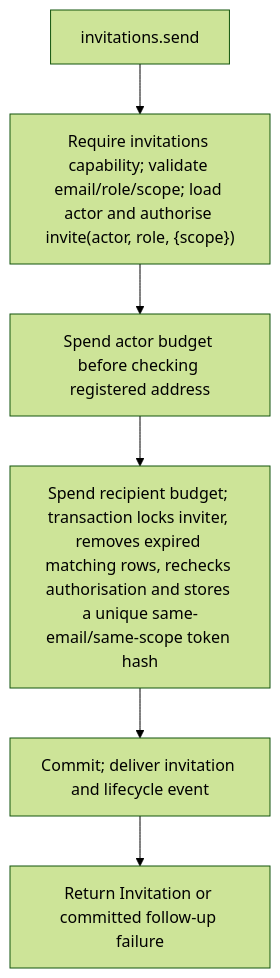
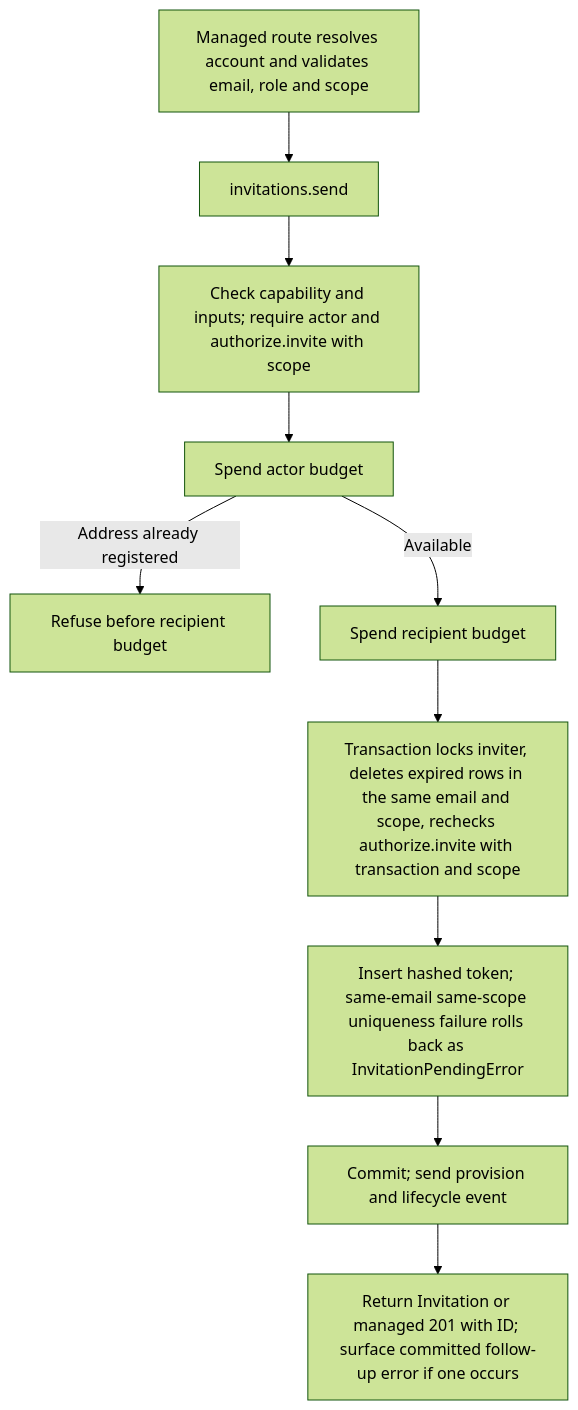
One commit to Kevinjohn/oss-adonisjs-account-kit changed the second of 2 diagrams in user-stories/US-ACCOUNT-08-send-invitation.md. Above: the diagram before and after it, drawn with Mermaid (forest theme). The commit also changed other lines of this file and 70 other files, not shown here.

````diff
--- a/user-stories/US-ACCOUNT-08-send-invitation.md
+++ b/user-stories/US-ACCOUNT-08-send-invitation.md
@@ -33,8 +34,12 @@
 ```mermaid
 flowchart TD
- A["invitations.send"] --> B["Require invitations capability; validate email/role/scope; load actor and authorise invite(actor, role, {scope})"]
- B --> C["Spend actor budget before checking registered address"]
- C --> D["Spend recipient budget; transaction locks inviter, removes expired matching rows, rechecks authorisation and stores a unique same-email/same-scope token hash"]
- D --> E["Commit; deliver invitation and lifecycle event"]
- E --> F["Return Invitation or committed follow-up failure"]
+  M["Managed route resolves account and validates email, role and scope"] --> A["invitations.send"]
+  A --> B["Check capability and inputs; require actor and authorize.invite with scope"]
+  B --> C["Spend actor budget"]
+  C -->|Address already registered| R["Refuse before recipient budget"]
+  C -->|Available| D["Spend recipient budget"]
+  D --> E["Transaction locks inviter, deletes expired rows in the same email and scope, rechecks authorize.invite with transaction and scope"]
+  E --> F["Insert hashed token; same-email same-scope uniqueness failure rolls back as InvitationPendingError"]
+  F --> G["Commit; send provision and lifecycle event"]
+  G --> H["Return Invitation or managed 201 with ID; surface committed follow-up error if one occurs"]
 ```
````
